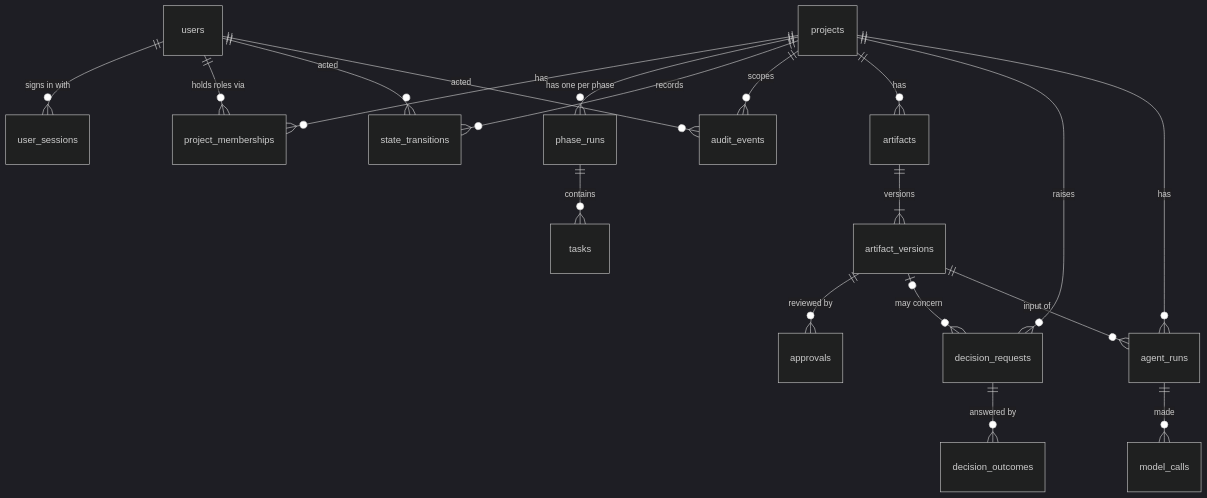
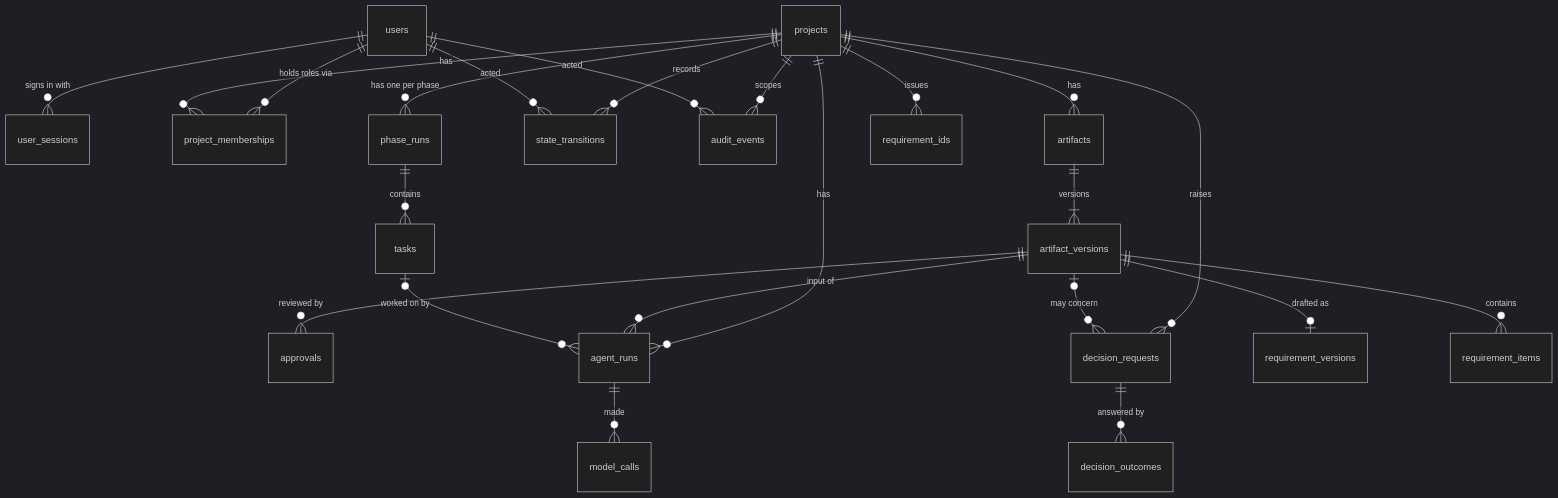
Before and after one commit to Rameshsundaram8486/Agentra: the diagram in docs/architecture/data-model.md, drawn with Mermaid (dark theme). The commit also changed other lines of this file and 72 other files, not shown here.

````diff
--- a/docs/architecture/data-model.md
+++ b/docs/architecture/data-model.md
@@ -5,21 +5,25 @@
 ```mermaid
 erDiagram
   users ||--o{ user_sessions : "signs in with"
   users ||--o{ project_memberships : "holds roles via"
   projects ||--o{ project_memberships : "has"
   projects ||--o{ phase_runs : "has one per phase"
   phase_runs ||--o{ tasks : "contains"
   projects ||--o{ state_transitions : "records"
   users ||--o{ state_transitions : "acted"
   projects ||--o{ audit_events : "scopes"
   users ||--o{ audit_events : "acted"
   projects ||--o{ artifacts : "has"
   artifacts ||--|{ artifact_versions : "versions"
   artifact_versions ||--o{ approvals : "reviewed by"
   projects ||--o{ decision_requests : "raises"
   decision_requests ||--o{ decision_outcomes : "answered by"
   artifact_versions |o--o{ decision_requests : "may concern"
   projects ||--o{ agent_runs : "has"
   artifact_versions ||--o{ agent_runs : "input of"
   agent_runs ||--o{ model_calls : "made"
+  tasks |o--o{ agent_runs : "worked on by"
+  artifact_versions ||--o| requirement_versions : "drafted as"
+  artifact_versions ||--o{ requirement_items : "contains"
+  projects ||--o{ requirement_ids : "issues"
 ```
````
